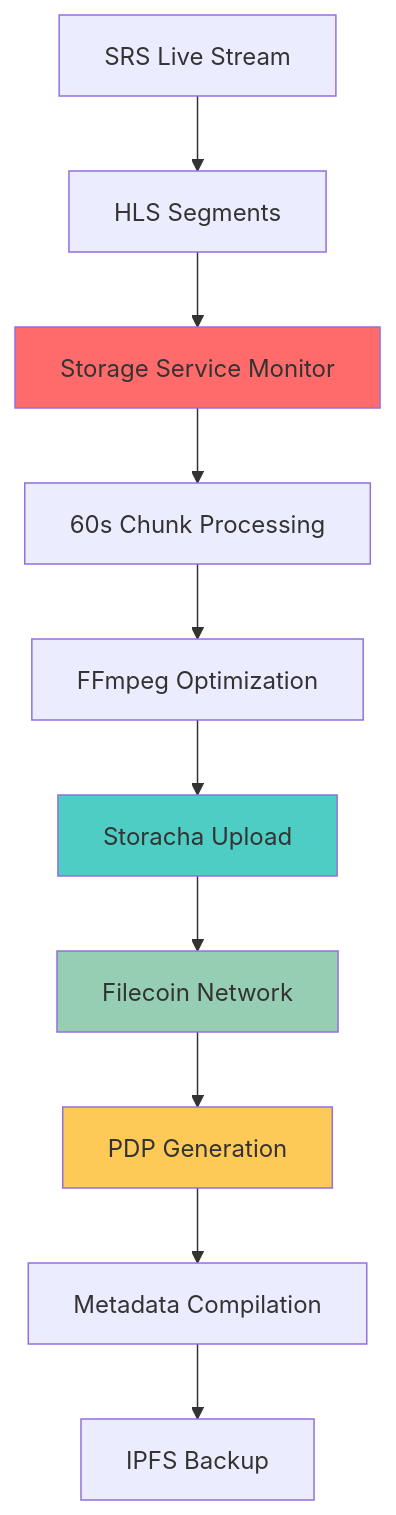
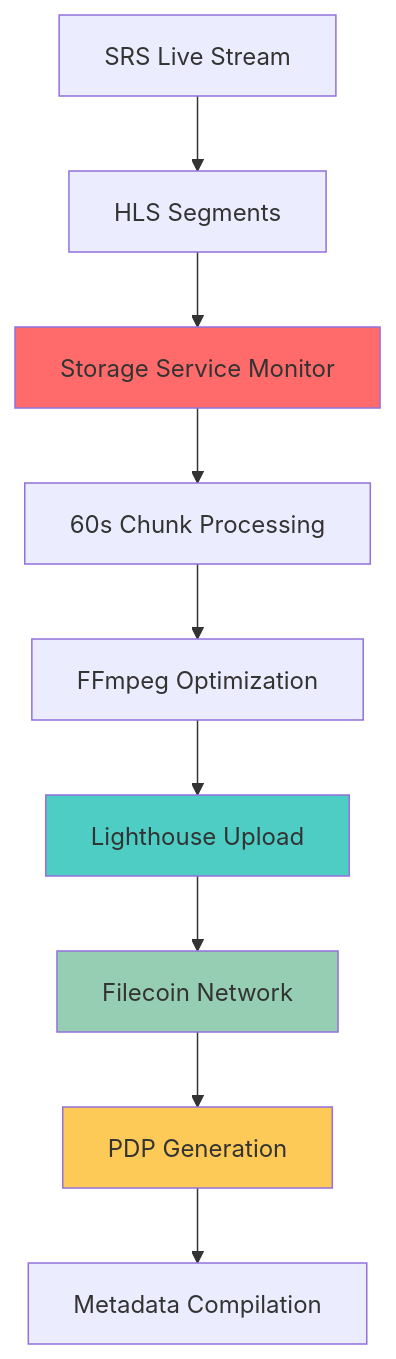
The diagram in infra/storage.mdx (haus25/docs), drawn with Mermaid before and after one commit. The commit also changed other lines of this file and 3 other files, not shown here.

````diff
--- a/infra/storage.mdx
+++ b/infra/storage.mdx
@@ -14,17 +14,16 @@
 ```mermaid
 graph TB
     A[SRS Live Stream] --> B[HLS Segments]
     B --> C[Storage Service Monitor]
     C --> D[60s Chunk Processing] 
     D --> E[FFmpeg Optimization]
-    E --> F[Storacha Upload]
+    E --> F[Lighthouse Upload]
     F --> G[Filecoin Network]
     G --> H[PDP Generation]
     H --> I[Metadata Compilation]
-    I --> J[IPFS Backup]
     
     style C fill:#ff6b6b
     style F fill:#4ecdc4
     style G fill:#96ceb4
     style H fill:#feca57
 ```
````
